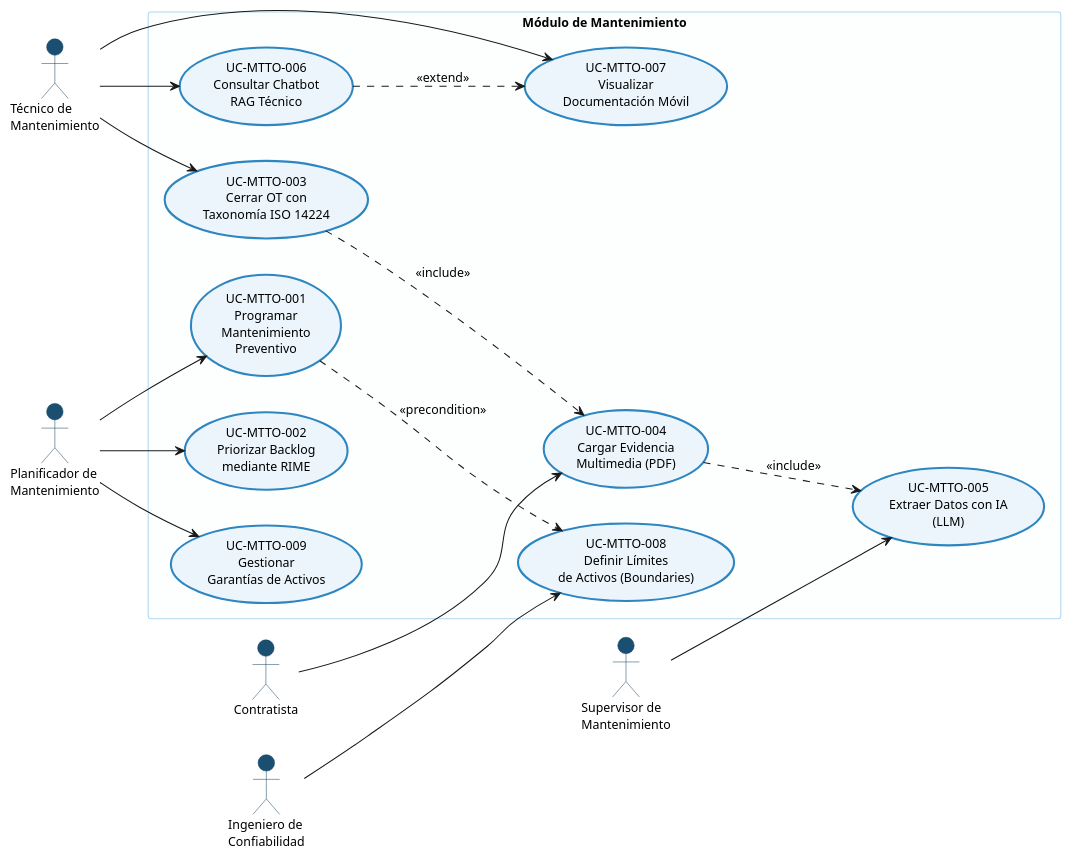
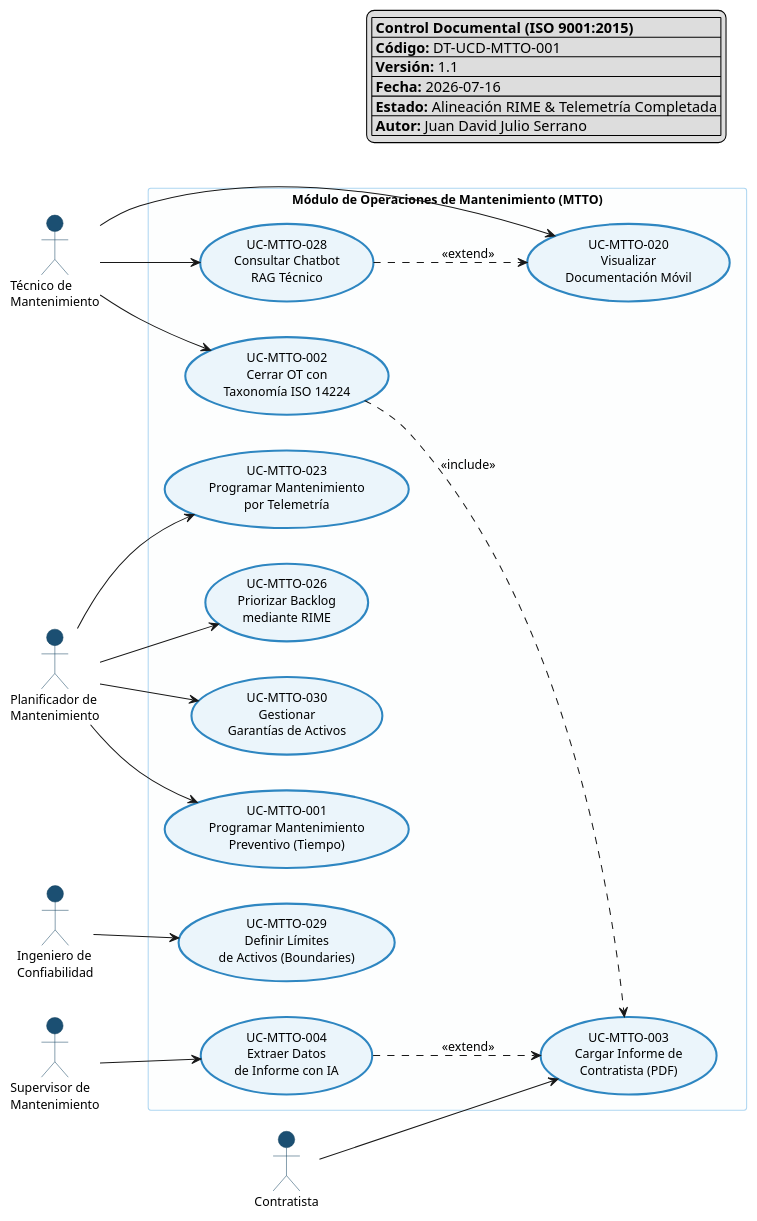
One commit to Novav20/adso-dteam-docs changed the diagram in domain-models/use-cases/mtto-use-cases.puml. Above: the diagram before and after it, drawn with PlantUML. The commit also changed 4 other files, not shown here.

First line of the commit message:
docs(use-cases): consolidate use case diagrams and ISO traceability index

```diff
--- a/domain-models/use-cases/mtto-use-cases.puml
+++ b/domain-models/use-cases/mtto-use-cases.puml
@@ -1,77 +1,86 @@
 @startuml MTTO-UseCases
 skinparam packageStyle rectangle
 left to right direction
 
-' Configuración de colores profesionales
+' --- CONFIGURACIÓN VISUAL ---
 skinparam usecase {
   BackgroundColor #EBF5FB
   BorderColor #2E86C1
   BorderThickness 2
   FontName Segoe UI
   FontSize 12
 }
-
 skinparam actor {
   BackgroundColor #1B4F72
   BorderColor #154360
   FontName Segoe UI
   FontSize 11
 }
-
 skinparam package {
   BackgroundColor #FDFEFE
   BorderColor #AED6F1
   FontName Segoe UI
   FontSize 13
   FontStyle bold
 }
-
 skinparam defaultFontName "Segoe UI"
 skinparam defaultFontSize 12
 
-' Actores
+legend top right
+|= Control Documental (ISO 9001:2015) |
+| **Código:** DT-UCD-MTTO-001 |
+| **Versión:** 1.1 |
+| **Fecha:** 2026-07-16 |
+| **Estado:** Alineación RIME & Telemetría Completada |
+| **Autor:** Juan David Julio Serrano |
+endlegend
+
+' --- ACTORES ---
 actor "Técnico de\nMantenimiento" as Tecnico #1B4F72
 actor "Planificador de\nMantenimiento" as Planificador #1B4F72
 actor "Ingeniero de\nConfiabilidad" as Ingeniero #1B4F72
 actor "Supervisor de\nMantenimiento" as Supervisor #1B4F72
 actor "Contratista" as Contratista #1B4F72
 
-' Paquete principal
-package "Módulo de Mantenimiento" {
+' --- PAQUETE PRINCIPAL ---
+package "Módulo de Operaciones de Mantenimiento (MTTO)" {
 
-  ' Casos de Uso - Planificación
-  usecase "UC-MTTO-001\nProgramar\nMantenimiento\nPreventivo" as UC001 #EBF5FB
-  usecase "UC-MTTO-002\nPriorizar Backlog\nmediante RIME" as UC002 #EBF5FB
+  ' Casos de Uso - Planificación y Priorización
+  usecase "UC-MTTO-001\nProgramar Mantenimiento\nPreventivo (Tiempo)" as UCMTTO001 #EBF5FB
+  usecase "UC-MTTO-023\nProgramar Mantenimiento\npor Telemetría" as UCMTTO023 #EBF5FB
+  usecase "UC-MTTO-026\nPriorizar Backlog\nmediante RIME" as UCMTTO026 #EBF5FB
 
-  ' Casos de Uso - Ejecución
-  usecase "UC-MTTO-003\nCerrar OT con\nTaxonomía ISO 14224" as UC003 #EBF5FB
-  usecase "UC-MTTO-004\nCargar Evidencia\nMultimedia (PDF)" as UC004 #EBF5FB
-  usecase "UC-MTTO-005\nExtraer Datos con IA\n(LLM)" as UC005 #EBF5FB
+  ' Casos de Uso - Ejecución en Campo
+  usecase "UC-MTTO-002\nCerrar OT con\nTaxonomía ISO 14224" as UCMTTO002 #EBF5FB
+  usecase "UC-MTTO-003\nCargar Informe de\nContratista (PDF)" as UCMTTO003 #EBF5FB
+  usecase "UC-MTTO-004\nExtraer Datos\nde Informe con IA" as UCMTTO004 #EBF5FB
 
   ' Casos de Uso - Consulta y Soporte
-  usecase "UC-MTTO-006\nConsultar Chatbot\nRAG Técnico" as UC006 #EBF5FB
-  usecase "UC-MTTO-007\nVisualizar\nDocumentación Móvil" as UC007 #EBF5FB
+  usecase "UC-MTTO-020\nVisualizar\nDocumentación Móvil" as UCMTTO020 #EBF5FB
+  usecase "UC-MTTO-028\nConsultar Chatbot\nRAG Técnico" as UCMTTO028 #EBF5FB
 
-  ' Casos de Uso - Gestión de Activos
-  usecase "UC-MTTO-008\nDefinir Límites\nde Activos (Boundaries)" as UC008 #EBF5FB
-  usecase "UC-MTTO-009\nGestionar\nGarantías de Activos" as UC009 #EBF5FB
+  ' Casos de Uso - Ingeniería y Confiabilidad
+  usecase "UC-MTTO-029\nDefinir Límites\nde Activos (Boundaries)" as UCMTTO029 #EBF5FB
+  usecase "UC-MTTO-030\nGestionar\nGarantías de Activos" as UCMTTO030 #EBF5FB
 }
 
-' Relaciones Actor-Caso de Uso
-Planificador --> UC001
-Planificador --> UC002
-Tecnico --> UC003
-Contratista --> UC004
-Supervisor --> UC005
-Tecnico --> UC006
-Tecnico --> UC007
-Ingeniero --> UC008
-Planificador --> UC009
+' --- RELACIONES ACTOR - CASO DE USO ---
+Planificador --> UCMTTO001
+Planificador --> UCMTTO023
+Planificador --> UCMTTO026
+Planificador --> UCMTTO030
 
-' Relaciones entre Casos de Uso (Include/Extend)
-UC003 ..> UC004 : <<include>>
-UC004 ..> UC005 : <<include>>
-UC001 ..> UC008 : <<precondition>>
-UC006 ..> UC007 : <<extend>>
+Tecnico --> UCMTTO002
+Tecnico --> UCMTTO020
+Tecnico --> UCMTTO028
+
+Contratista --> UCMTTO003
+Supervisor --> UCMTTO004
+Ingeniero --> UCMTTO029
+
+' --- RELACIONES INTER-CASOS DE USO (Include/Extend) ---
+UCMTTO002 ..> UCMTTO003 : <<include>>
+UCMTTO004 ..> UCMTTO003 : <<extend>>
+UCMTTO028 ..> UCMTTO020 : <<extend>>
 
 @enduml
```
